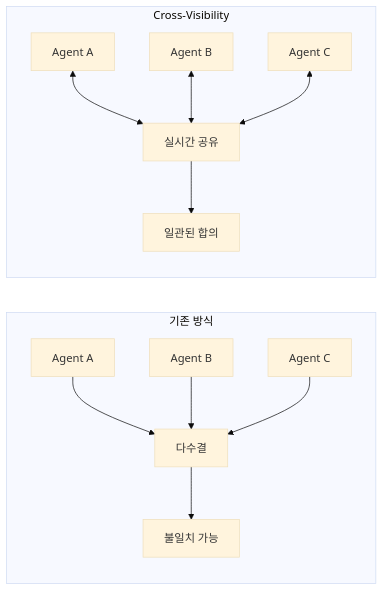
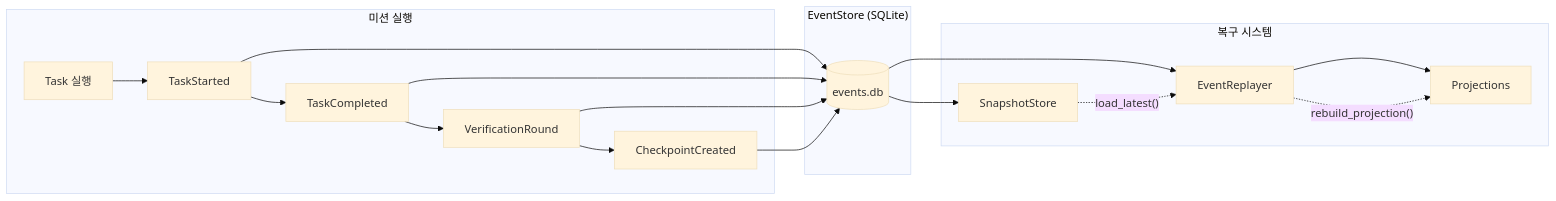
One commit to junyeong-ai/claude-pilot changed the second of 3 diagrams in README.md. Above: the diagram before and after it, drawn with Mermaid (base theme). The commit also changed other lines of this file and 1 other file, not shown here.

````diff
--- a/README.md
+++ b/README.md
@@ -306,16 +90,26 @@
 ```mermaid
 flowchart LR
-    subgraph Traditional["기존 방식"]
-        A1[Agent A] --> V1[다수결]
-        B1[Agent B] --> V1
-        C1[Agent C] --> V1
-        V1 --> R1[불일치 가능]
+    subgraph Mission["미션 실행"]
+        A[Task 실행] --> E1[TaskStarted]
+        E1 --> E2[TaskCompleted]
+        E2 --> E3[VerificationRound]
+        E3 --> E4[CheckpointCreated]
     end
 
-    subgraph CrossVis["Cross-Visibility"]
-        A2[Agent A] <--> Share[실시간 공유]
-        B2[Agent B] <--> Share
-        C2[Agent C] <--> Share
-        Share --> R2[일관된 합의]
+    subgraph Store["EventStore (SQLite)"]
+        ES[(events.db)]
     end
+
+    subgraph Recovery["복구 시스템"]
+        SS[SnapshotStore]
+        ER[EventReplayer]
+        PJ[Projections]
+    end
+
+    E1 & E2 & E3 & E4 --> ES
+    ES --> SS
+    ES --> ER
+    ER --> PJ
+    SS -.->|"load_latest()"| ER
+    ER -.->|"rebuild_projection()"| PJ
 ```
````
